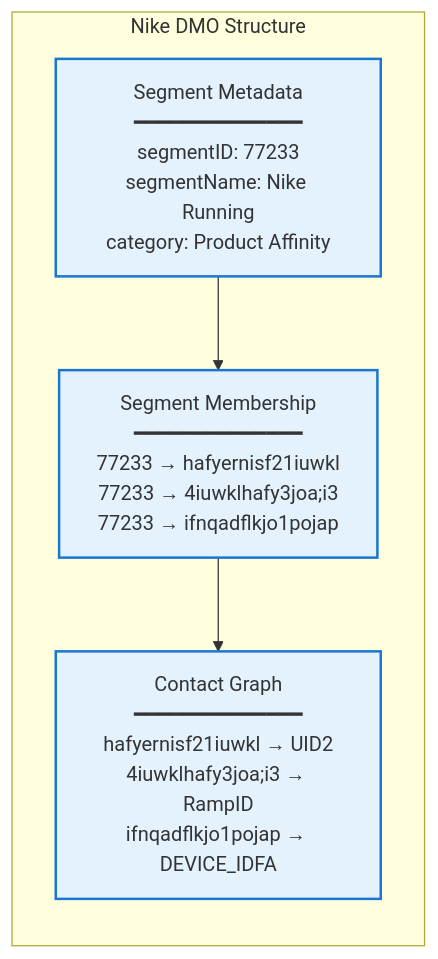
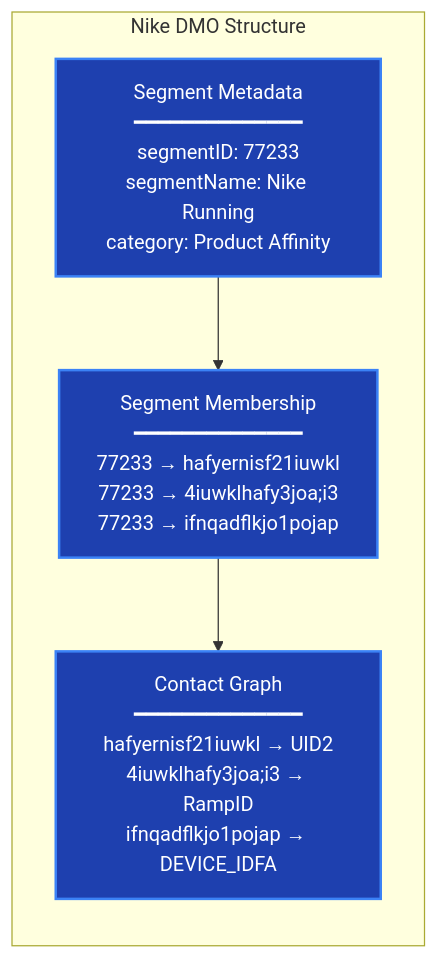
The third of 10 diagrams in data-cloud/clean-room/README_DataCloud_Clean_Room_Architecture.md (arupsarkar-sfdc/Misc), drawn with Mermaid before and after one commit. The commit also changed other lines of this file and 4 other files, not shown here.

Commit message:
feat: addred segmentation logic and updated process diagrams and sequence diagram with dark mode colors and sequence steps

````diff
--- a/data-cloud/clean-room/README_DataCloud_Clean_Room_Architecture.md
+++ b/data-cloud/clean-room/README_DataCloud_Clean_Room_Architecture.md
@@ -97,18 +97,18 @@
 ```mermaid
 graph LR
 
     subgraph "Nike DMO Structure"
         SEG_META["Segment Metadata<br/>━━━━━━━━━━━━━━<br/>segmentID: 77233<br/>segmentName: Nike Running<br/>category: Product Affinity"]
         
         SEG_MEMBER["Segment Membership<br/>━━━━━━━━━━━━━━<br/>77233 → hafyernisf21iuwkl<br/>77233 → 4iuwklhafy3joa;i3<br/>77233 → ifnqadflkjo1pojap"]
         
         CONTACT["Contact Graph<br/>━━━━━━━━━━━━━━<br/>hafyernisf21iuwkl → UID2<br/>4iuwklhafy3joa;i3 → RampID<br/>ifnqadflkjo1pojap → DEVICE_IDFA"]
     end
     
     SEG_META --> SEG_MEMBER
     SEG_MEMBER --> CONTACT
     
-    style SEG_META fill:#e3f2fd,stroke:#1976d2,stroke-width:2px
-    style SEG_MEMBER fill:#e3f2fd,stroke:#1976d2,stroke-width:2px
-    style CONTACT fill:#e3f2fd,stroke:#1976d2,stroke-width:2px
+    style SEG_META fill:#1e40af,stroke:#3b82f6,stroke-width:2px,color:#ffffff
+    style SEG_MEMBER fill:#1e40af,stroke:#3b82f6,stroke-width:2px,color:#ffffff
+    style CONTACT fill:#1e40af,stroke:#3b82f6,stroke-width:2px,color:#ffffff
 ```
````
